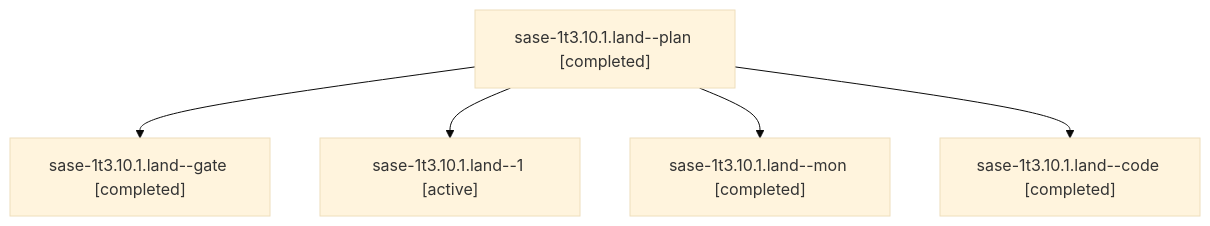
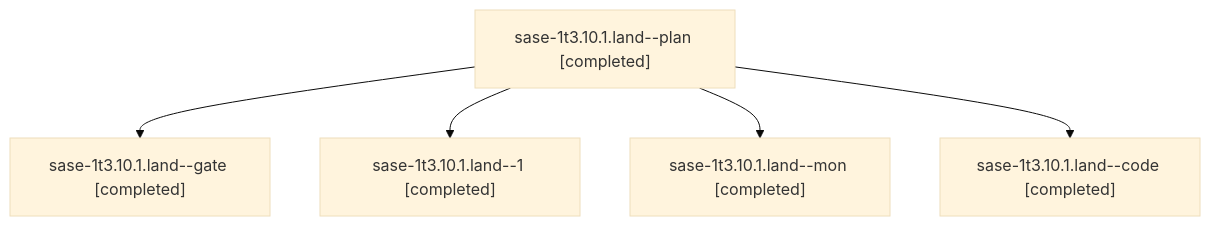
The diagram in sessions/bbugyi200.athena.sase-1t3.10.1.land.md (sase-org/sase--agents), drawn with Mermaid (base theme) before and after one commit. The commit also changed other lines of this file and 218 other files, not shown here.

````diff
--- a/sessions/bbugyi200.athena.sase-1t3.10.1.land.md
+++ b/sessions/bbugyi200.athena.sase-1t3.10.1.land.md
@@ -9,12 +9,12 @@
 ```mermaid
 flowchart TD
   n0["sase-1t3.10.1.land--plan [completed]"]
   n1["sase-1t3.10.1.land--gate [completed]"]
   n0 --> n1
-  n2["sase-1t3.10.1.land--1 [active]"]
+  n2["sase-1t3.10.1.land--1 [completed]"]
   n0 --> n2
   n3["sase-1t3.10.1.land--mon [completed]"]
   n0 --> n3
   n4["sase-1t3.10.1.land--code [completed]"]
   n0 --> n4
 ```
````
